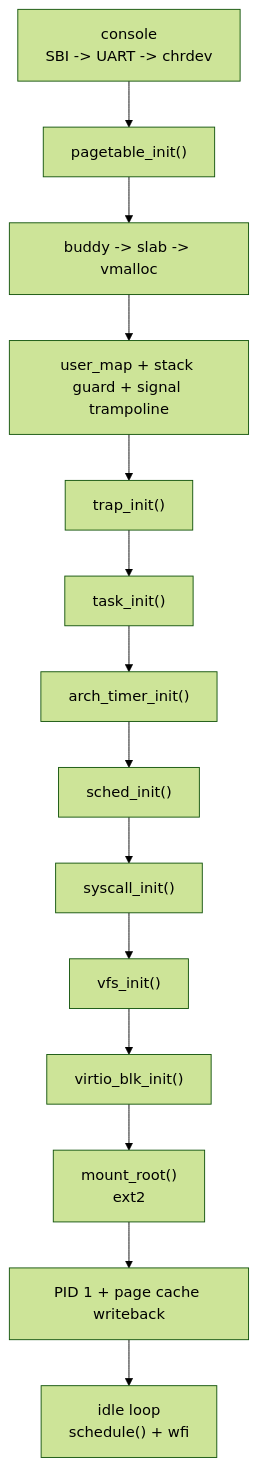
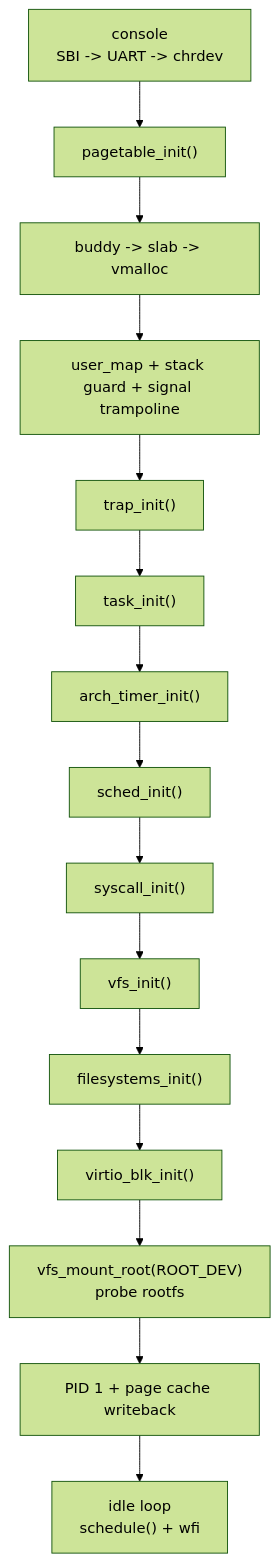
One commit to pillow-zx/CuteOS changed the second of 2 diagrams in docs/architecture/boot.md. Above: the diagram before and after it, drawn with Mermaid (forest theme). The commit also changed other lines of this file and 31 other files, not shown here.

Commit message:
vfs,agent: add auto mount support and agent skills

````diff
--- a/docs/architecture/boot.md
+++ b/docs/architecture/boot.md
@@ -62,20 +62,21 @@
 ```mermaid
 flowchart TD
     Console["console<br/>SBI -> UART -> chrdev"]
     PT["pagetable_init()"]
     Alloc["buddy -> slab -> vmalloc"]
     UserMap["user_map + stack guard + signal trampoline"]
     Trap["trap_init()"]
     Task["task_init()"]
     Timer["arch_timer_init()"]
     Sched["sched_init()"]
     Syscall["syscall_init()"]
     VFS["vfs_init()"]
+    FS["filesystems_init()"]
     Block["virtio_blk_init()"]
-    Root["mount_root()<br/>ext2"]
+    Root["vfs_mount_root(ROOT_DEV)<br/>probe rootfs"]
     Threads["PID 1 + page cache writeback"]
     Idle["idle loop<br/>schedule() + wfi"]
 
     Console --> PT --> Alloc --> UserMap --> Trap --> Task --> Timer
-    Timer --> Sched --> Syscall --> VFS --> Block --> Root --> Threads --> Idle
+    Timer --> Sched --> Syscall --> VFS --> FS --> Block --> Root --> Threads --> Idle
 ```
````
